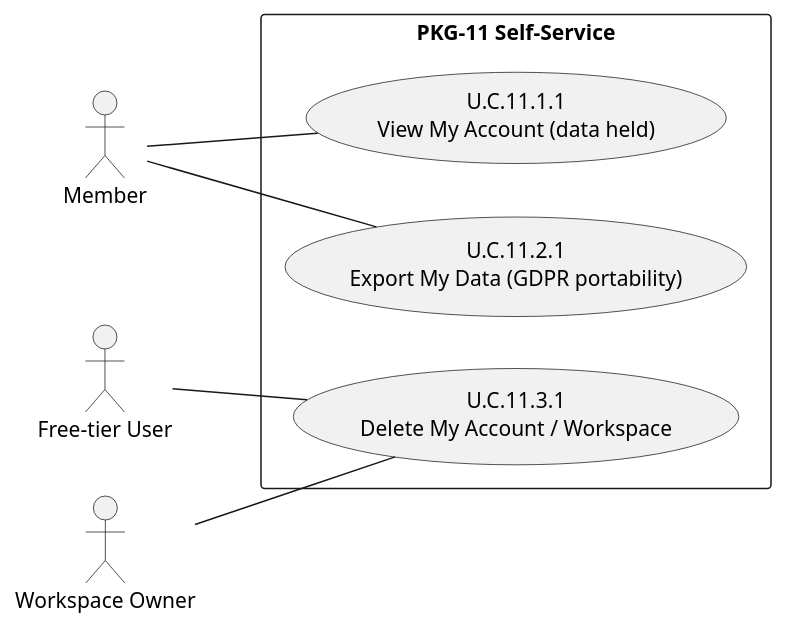
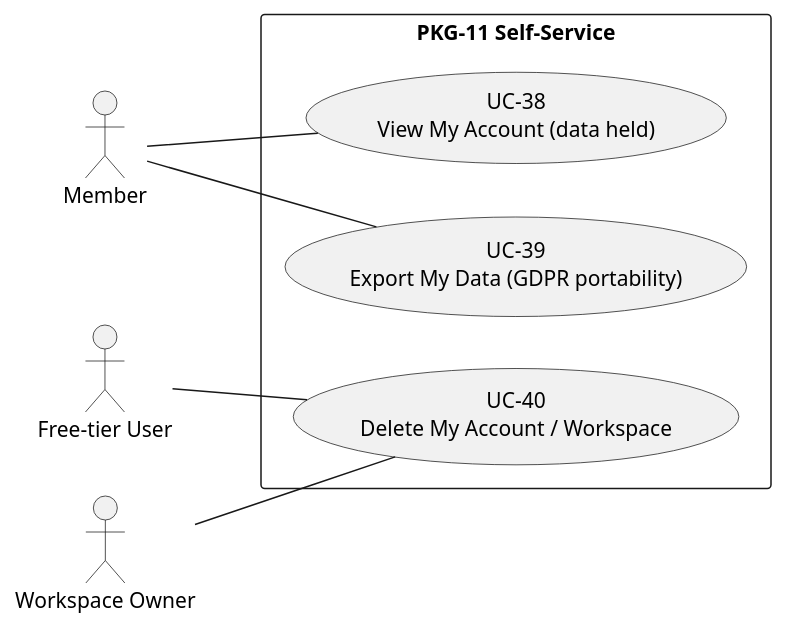
Before and after one commit to pauloribeiro16/Methodology_compact: the sixth of 11 diagrams in 02_CASES/Case_01_TinyTask_SaaS/03_PHASE3_DECOMPOSITION_RICH/annexes/A_Use_Case_Diagrams.md, drawn with PlantUML. The commit also changed other lines of this file and 34 other files, not shown here.

Commit message:
[EXECUTOR] F2 RENUMBER Case_01: U.C.x.y.z flattened → UC-01..40 (compliance 01..17 + product 18..40), two-phase, 20 files, xlsx+builder regenerated, 11 SVGs re-rendered; gates PASS (verify_rich 0, audit 100%, mermaid 192/192, smoke 16/16)

````diff
--- a/02_CASES/Case_01_TinyTask_SaaS/03_PHASE3_DECOMPOSITION_RICH/annexes/A_Use_Case_Diagrams.md
+++ b/02_CASES/Case_01_TinyTask_SaaS/03_PHASE3_DECOMPOSITION_RICH/annexes/A_Use_Case_Diagrams.md
@@ -230,17 +232,17 @@
 ```plantuml
 @startuml
 left to right direction
 actor "Member" as MEM
 actor "Free-tier User" as FU
 actor "Workspace Owner" as OWN
 rectangle "PKG-11 Self-Service" {
-usecase "U.C.11.1.1\nView My Account (data held)" as UC1111
-usecase "U.C.11.2.1\nExport My Data (GDPR portability)" as UC1121
-usecase "U.C.11.3.1\nDelete My Account / Workspace" as UC1131
+usecase "UC-38\nView My Account (data held)" as UC1111
+usecase "UC-39\nExport My Data (GDPR portability)" as UC1121
+usecase "UC-40\nDelete My Account / Workspace" as UC1131
 }
 MEM -- UC1111
 MEM -- UC1121
 FU -- UC1131
 OWN -- UC1131
 @enduml
 ```
````
